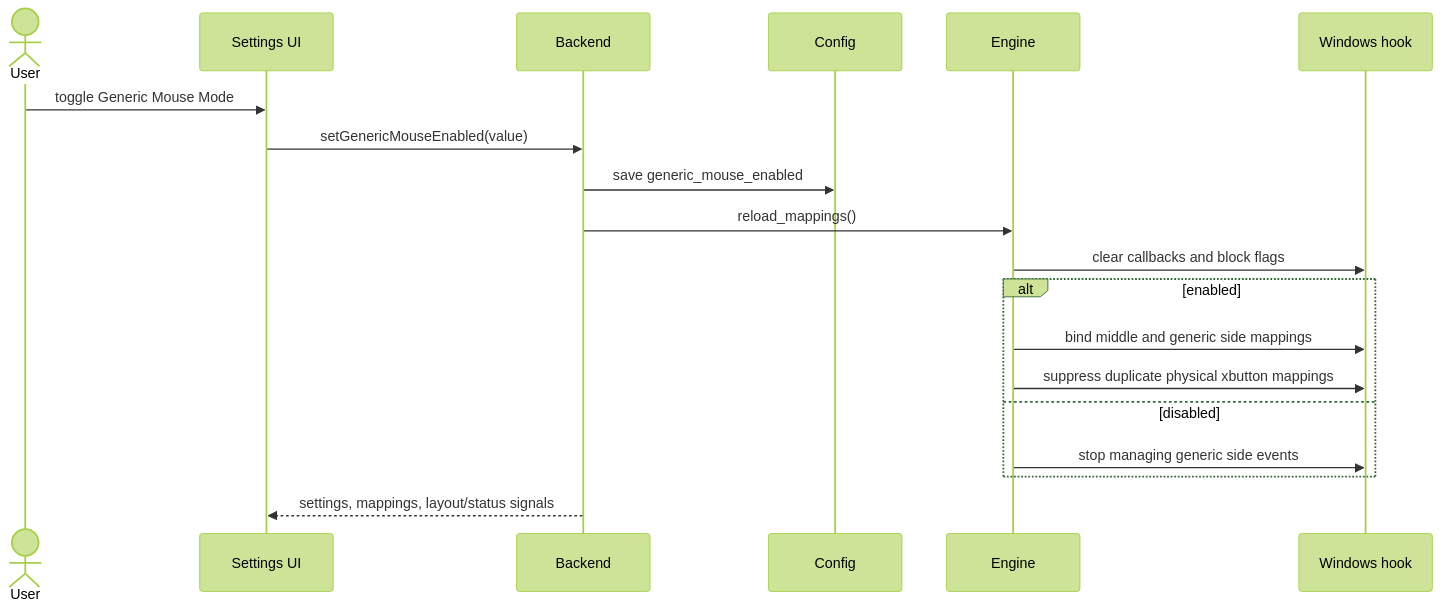
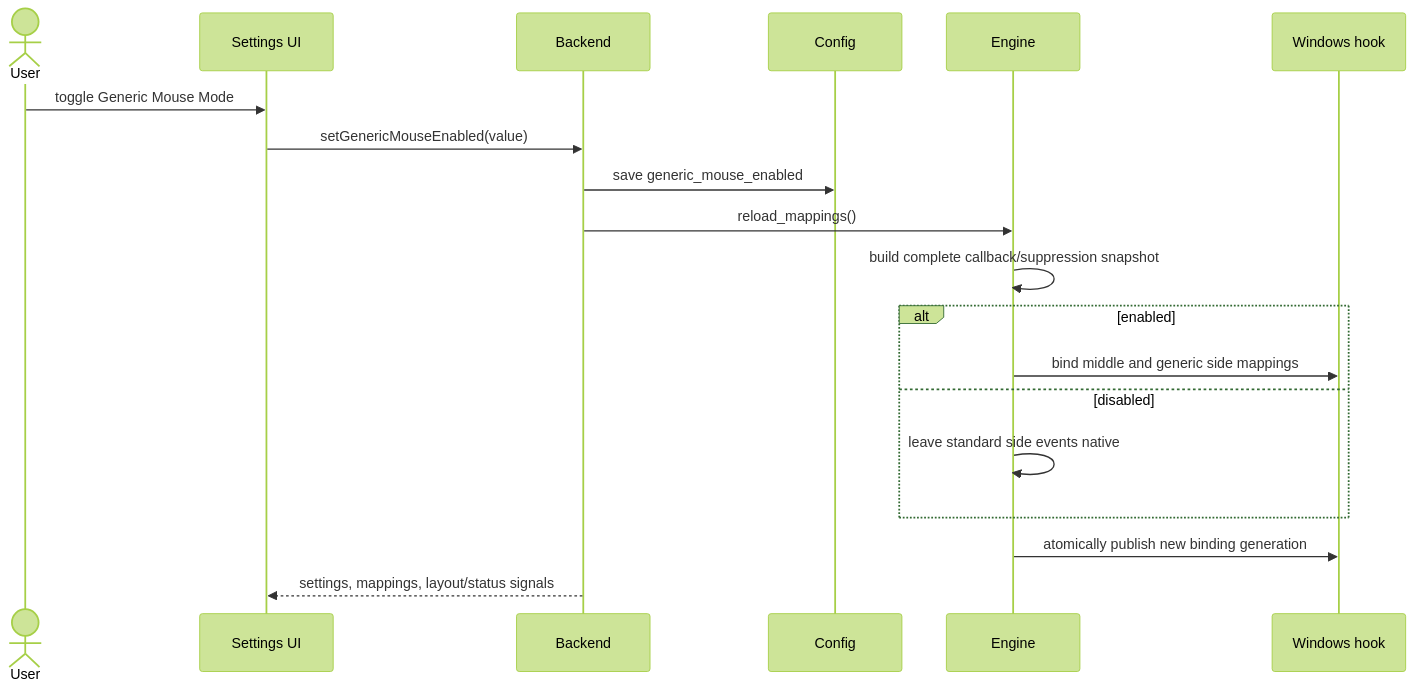
One commit to pour-soi/PourInput changed the sixth of 8 diagrams in docs/EVENT_FLOW.md. Above: the diagram before and after it, drawn with Mermaid (forest theme). The commit also changed other lines of this file and 12 other files, not shown here.

Commit message:
Harden Windows XBUTTON routing and binding generations

````diff
--- a/docs/EVENT_FLOW.md
+++ b/docs/EVENT_FLOW.md
@@ -159,22 +159,22 @@
 ```mermaid
 sequenceDiagram
     actor User
     participant QML as Settings UI
     participant Backend
     participant Config
     participant Engine
     participant Hook as Windows hook
 
     User->>QML: toggle Generic Mouse Mode
     QML->>Backend: setGenericMouseEnabled(value)
     Backend->>Config: save generic_mouse_enabled
     Backend->>Engine: reload_mappings()
-    Engine->>Hook: clear callbacks and block flags
+    Engine->>Engine: build complete callback/suppression snapshot
     alt enabled
         Engine->>Hook: bind middle and generic side mappings
-        Engine->>Hook: suppress duplicate physical xbutton mappings
     else disabled
-        Engine->>Hook: stop managing generic side events
+        Engine->>Engine: leave standard side events native
     end
+    Engine->>Hook: atomically publish new binding generation
     Backend-->>QML: settings, mappings, layout/status signals
 ```
````
